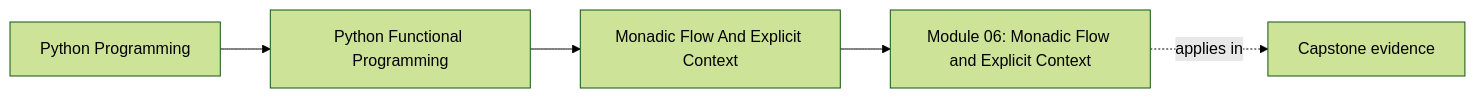
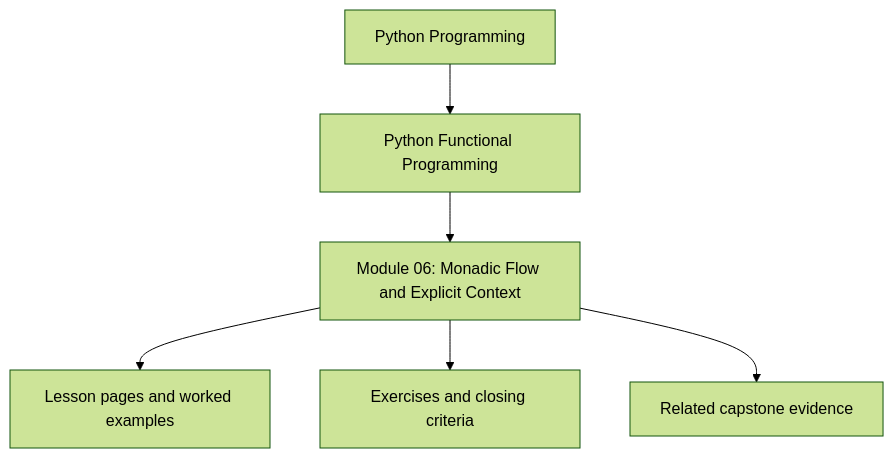
One commit to bijux/bijux-masterclass changed the first of 2 diagrams in programs/python-programming/python-functional-programming/course-book/module-06-monadic-flow-and-explicit-context/index.md. Above: the diagram before and after it, drawn with Mermaid (forest theme). The commit also changed other lines of this file and 10 other files, not shown here.

Commit message:
docs(python-functional-programming): reposition module overview diagrams

````diff
--- a/programs/python-programming/python-functional-programming/course-book/module-06-monadic-flow-and-explicit-context/index.md
+++ b/programs/python-programming/python-functional-programming/course-book/module-06-monadic-flow-and-explicit-context/index.md
@@ -7,11 +7,8 @@
 ```mermaid
-graph LR
-  family["Python Programming"]
-  program["Python Functional Programming"]
-  section["Monadic Flow And Explicit Context"]
-  page["Module 06: Monadic Flow and Explicit Context"]
-  capstone["Capstone evidence"]
-
-  family --> program --> section --> page
-  page -.applies in.-> capstone
+flowchart TD
+  family["Python Programming"] --> program["Python Functional Programming"]
+  program --> module["Module 06: Monadic Flow and Explicit Context"]
+  module --> lessons["Lesson pages and worked examples"]
+  module --> checkpoints["Exercises and closing criteria"]
+  module --> capstone["Related capstone evidence"]
 ```
````
